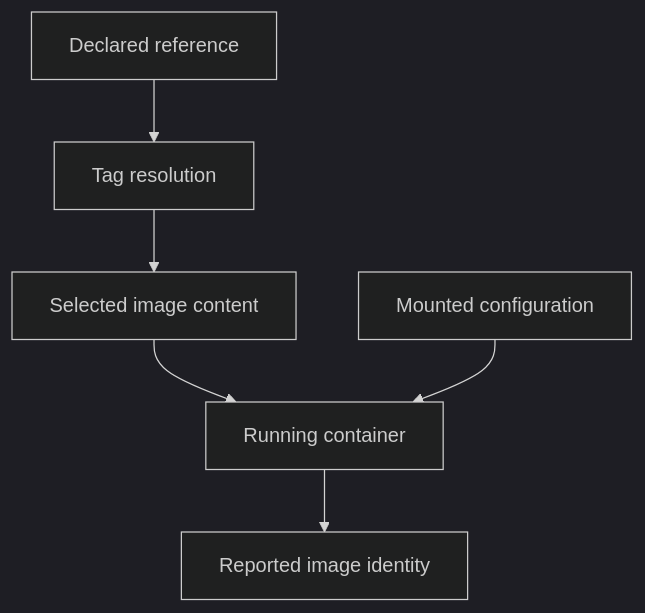
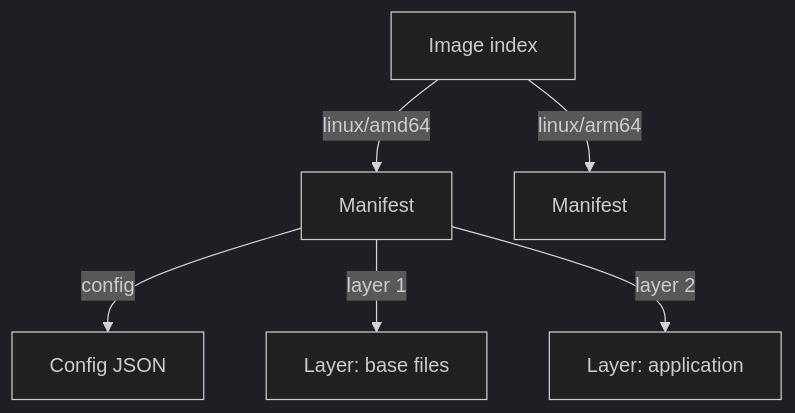
One commit to astrona-io/ATS035 changed the diagram in sections/section-010/module-01/course-01-layers-tags-and-digests.md. Above: the diagram before and after it, drawn with Mermaid (dark theme). The commit also changed other lines of this file and 163 other files, not shown here.

````diff
--- a/sections/section-010/module-01/course-01-layers-tags-and-digests.md
+++ b/sections/section-010/module-01/course-01-layers-tags-and-digests.md
@@ -56,8 +19,8 @@
 ```mermaid
 flowchart TB
-    R["Declared reference"] --> T["Tag resolution"]
-    T --> I["Selected image content"]
-    I --> C["Running container"]
-    M["Mounted configuration"] --> C
-    C --> S["Reported image identity"]
+  I["Image index"] -->|"linux/amd64"| M1["Manifest"]
+  I -->|"linux/arm64"| M2["Manifest"]
+  M1 -->|"config"| C["Config JSON"]
+  M1 -->|"layer 1"| L1["Layer: base files"]
+  M1 -->|"layer 2"| L2["Layer: application"]
 ```
````
